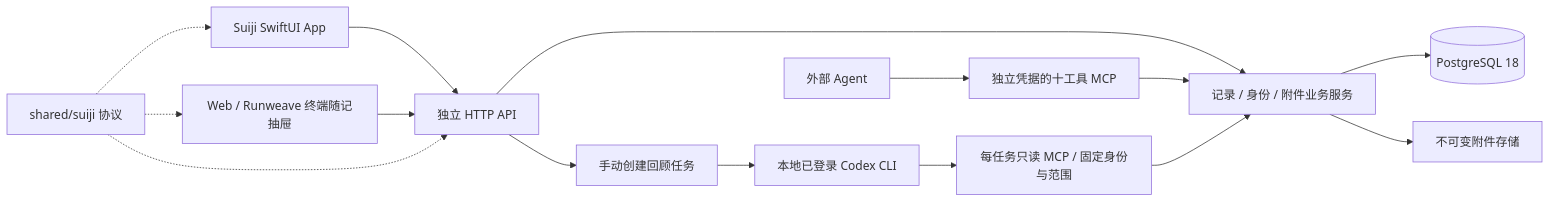
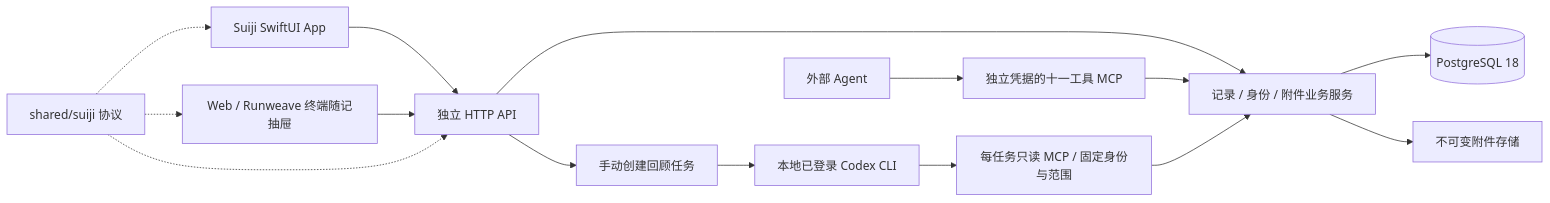
The diagram in docs/architecture/suiji.md (jackshen3102/run-weave), drawn with Mermaid before and after one commit. The commit also changed other lines of this file and 23 other files, not shown here.

````diff
--- a/docs/architecture/suiji.md
+++ b/docs/architecture/suiji.md
@@ -8,17 +8,17 @@
 ```mermaid
 flowchart LR
   I[Suiji SwiftUI App] --> H[独立 HTTP API]
   W[Web / Runweave 终端随记抽屉] --> H
   H --> S[记录 / 身份 / 附件业务服务]
-  A[外部 Agent] --> M[独立凭据的十工具 MCP]
+  A[外部 Agent] --> M[独立凭据的十一工具 MCP]
   M --> S
   H --> R[手动创建回顾任务]
   R --> C[本地已登录 Codex CLI]
   C --> O[每任务只读 MCP / 固定身份与范围]
   O --> S
   S --> P[(PostgreSQL 18)]
   S --> F[不可变附件存储]
   K[shared/suiji 协议] -.-> I
   K -.-> W
   K -.-> H
 ```
````
